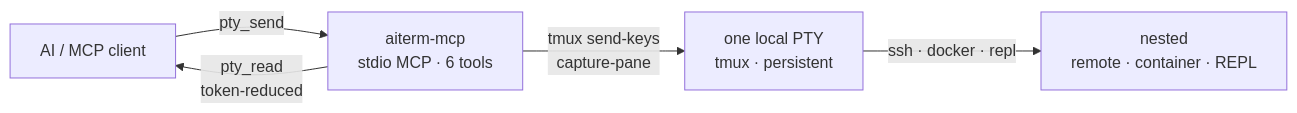
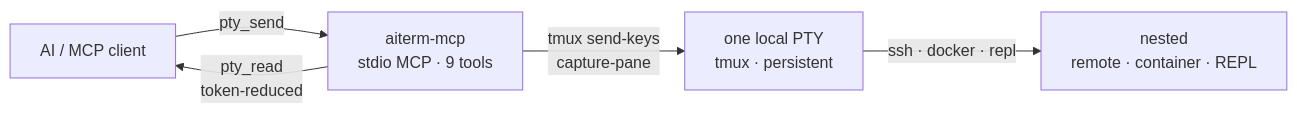
Before and after one commit to kitepon-rgb/aiterm-mcp: the diagram in README.ja.md, drawn with Mermaid. The commit also changed other lines of this file and 3 other files, not shown here.

````diff
--- a/README.ja.md
+++ b/README.ja.md
@@ -112,7 +112,7 @@
 ```mermaid
 flowchart LR
-    AI["AI / MCP client"] -->|"pty_send"| S["aiterm-mcp<br/>stdio MCP · 6 tools"]
+    AI["AI / MCP client"] -->|"pty_send"| S["aiterm-mcp<br/>stdio MCP · 9 tools"]
     S -->|"pty_read<br/>token-reduced"| AI
     S -->|"tmux send-keys<br/>capture-pane"| P["one local PTY<br/>tmux · persistent"]
     P -->|"ssh · docker · repl"| R["nested<br/>remote · container · REPL"]
 ```
````
